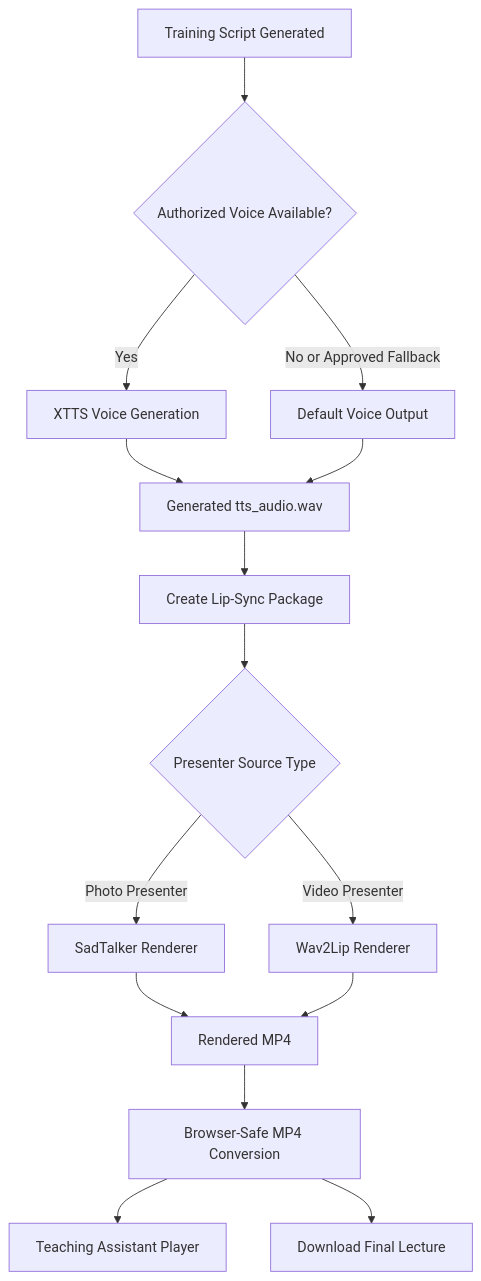
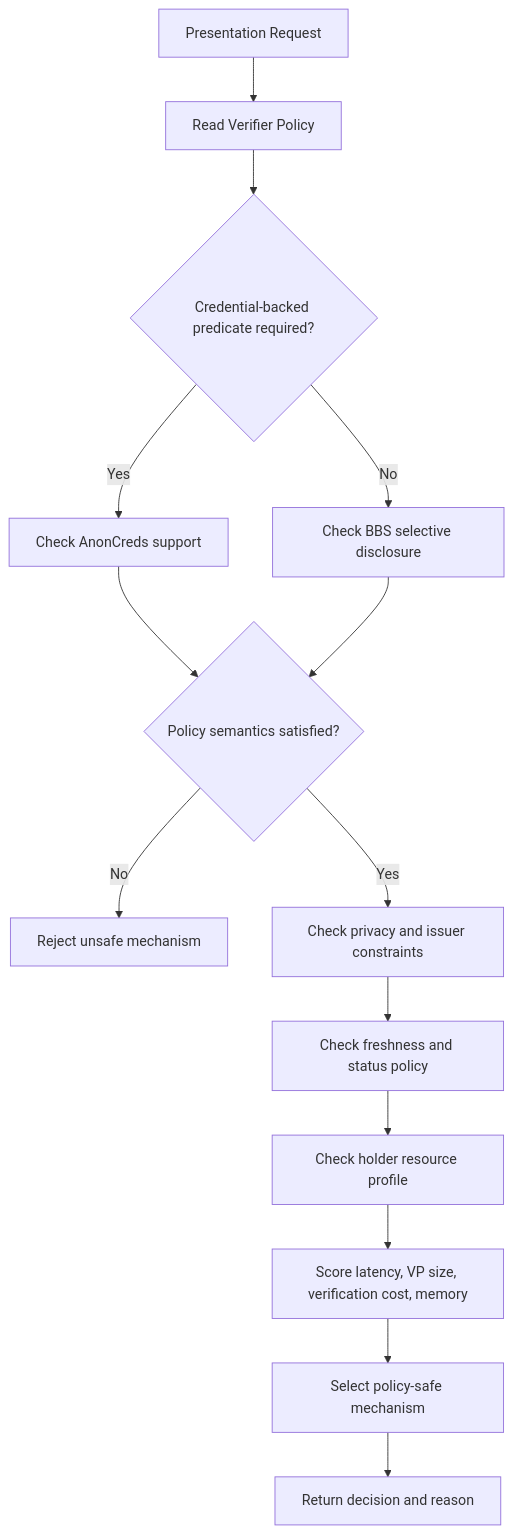
One commit to dranubhaparashar/projects changed the second of 2 diagrams in src/content/posts/ASHU Mentor AI Studio/ashu-mentor-ai-studio.md. Above: the diagram before and after it, drawn with Mermaid. The commit also changed other lines of this file, not shown here.

````diff
--- a/src/content/posts/ASHU Mentor AI Studio/ashu-mentor-ai-studio.md
+++ b/src/content/posts/ASHU Mentor AI Studio/ashu-mentor-ai-studio.md
@@ -210,19 +142,20 @@
 ```mermaid
 flowchart TD
-    A[Training Script Generated] --> B{Authorized Voice Available?}
-    B -->|Yes| C[XTTS Voice Generation]
-    B -->|No or Approved Fallback| D[Default Voice Output]
-    C --> E[Generated tts_audio.wav]
-    D --> E
+    A[Presentation Request] --> B[Read Verifier Policy]
+    B --> C{Credential-backed predicate required?}
 
-    E --> F[Create Lip-Sync Package]
-    F --> G{Presenter Source Type}
-    G -->|Photo Presenter| H[SadTalker Renderer]
-    G -->|Video Presenter| I[Wav2Lip Renderer]
+    C -->|Yes| D[Check AnonCreds support]
+    C -->|No| E[Check BBS selective disclosure]
 
-    H --> J[Rendered MP4]
-    I --> J
-    J --> K[Browser-Safe MP4 Conversion]
-    K --> L[Teaching Assistant Player]
-    K --> M[Download Final Lecture]
+    D --> F{Policy semantics satisfied?}
+    E --> F
+
+    F -->|No| G[Reject unsafe mechanism]
+    F -->|Yes| H[Check privacy and issuer constraints]
+
+    H --> I[Check freshness and status policy]
+    I --> J[Check holder resource profile]
+    J --> K[Score latency, VP size, verification cost, memory]
+    K --> L[Select policy-safe mechanism]
+    L --> M[Return decision and reason]
 ```
````
